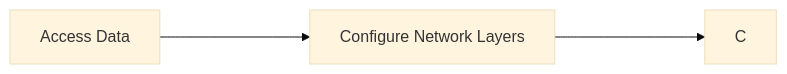
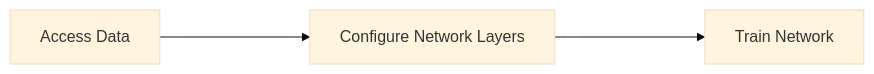
The diagram in matlab.md (ParisaMousavi/AutomotiveFunctionalSafetyCompliance), drawn with Mermaid (base theme) before and after one commit. The commit also changed other lines of this file, not shown here.

Commit message:
Uploaded by https://stackedit.io/

````diff
--- a/matlab.md
+++ b/matlab.md
@@ -29,5 +29,5 @@
 ```mermaid
 graph LR
 A[Access Data] ----> B[Configure Network Layers]
-B----> C
+B----> C[Train Network]
 ```
````
